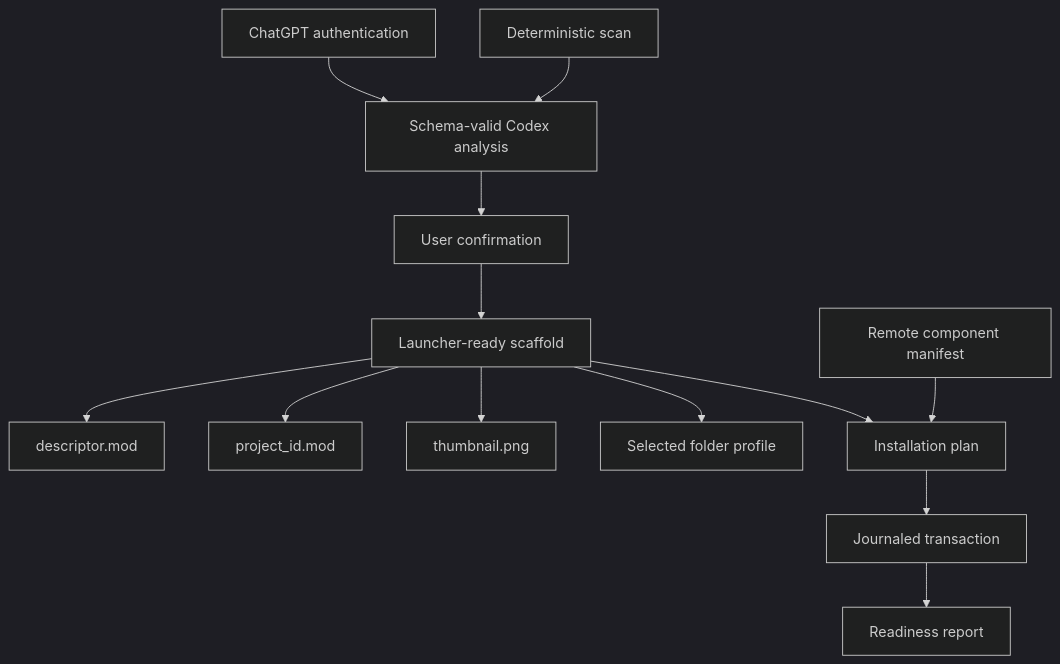
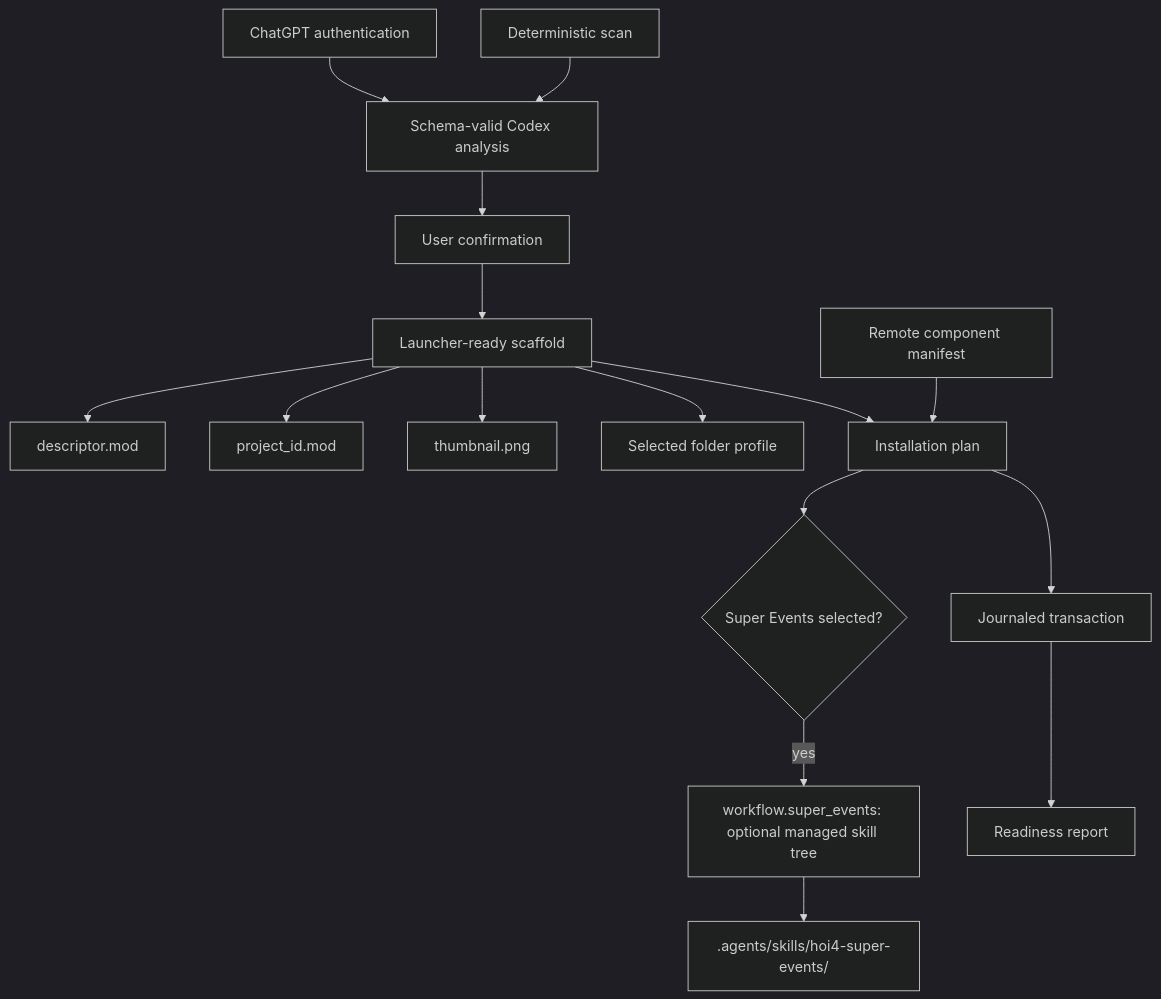
The diagram in docs/diagrams/component_dependency_graph.mmd (klimPaskov/HOI4-Mod-Setup), drawn with Mermaid (dark theme) before and after one commit. The commit also changed 294 other files, not shown here.

Commit message:
feat: complete setup wizard and release flow

```diff
--- a/docs/diagrams/component_dependency_graph.mmd
+++ b/docs/diagrams/component_dependency_graph.mmd
@@ -1,13 +1,16 @@
 flowchart TD
     Auth[ChatGPT authentication] --> Analysis[Schema-valid Codex analysis]
     Scan[Deterministic scan] --> Analysis
     Analysis --> Confirm[User confirmation]
     Confirm --> Scaffold[Launcher-ready scaffold]
     Scaffold --> Internal[descriptor.mod]
     Scaffold --> External[project_id.mod]
     Scaffold --> Thumbnail[thumbnail.png]
     Scaffold --> Folders[Selected folder profile]
     Manifest[Remote component manifest] --> Plan[Installation plan]
     Scaffold --> Plan
+    Plan --> Optional{Super Events selected?}
+    Optional -- yes --> SuperEvents[workflow.super_events: optional managed skill tree]
+    SuperEvents --> SkillPath[.agents/skills/hoi4-super-events/]
     Plan --> Transaction[Journaled transaction]
     Transaction --> Ready[Readiness report]
```
